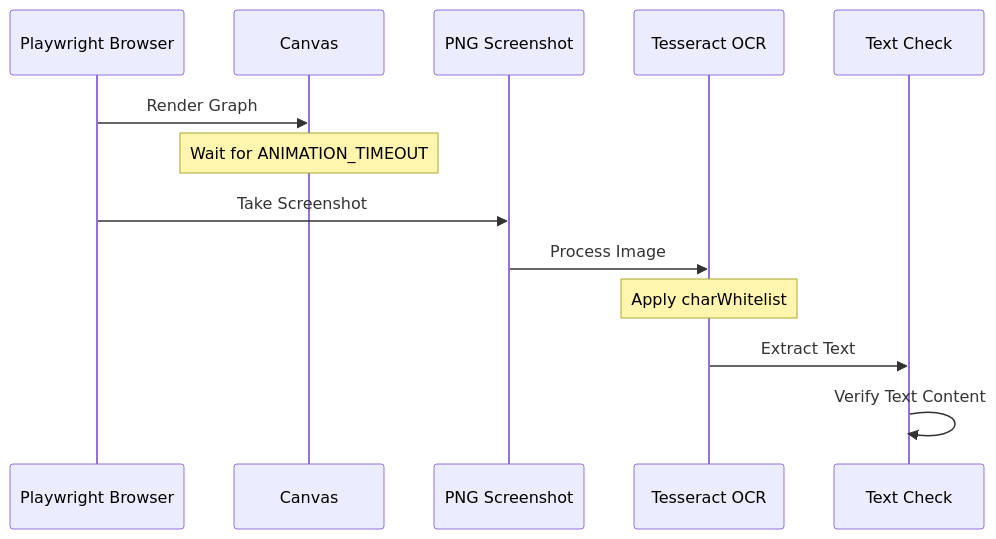
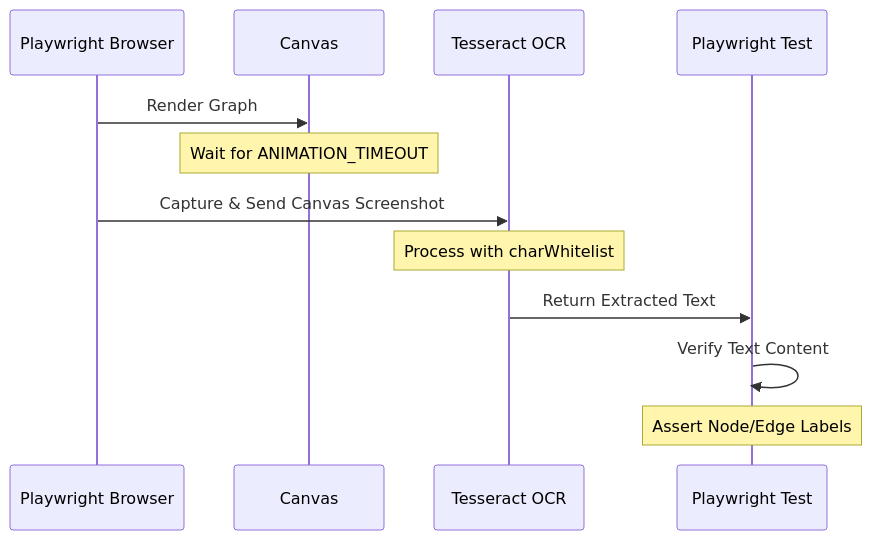
One commit to unlikelyzero/playwright-tesseract changed the diagram in README.md. Above: the diagram before and after it, drawn with Mermaid.

Commit message:
chore: update diagram

````diff
--- a/README.md
+++ b/README.md
@@ -117,16 +117,15 @@
 ```mermaid
 sequenceDiagram
     participant PB as Playwright Browser
     participant C as Canvas
-    participant P as PNG Screenshot
     participant T as Tesseract OCR
-    participant TC as Text Check
+    participant PT as Playwright Test
 
     PB->>C: Render Graph
     Note over C: Wait for ANIMATION_TIMEOUT
-    PB->>P: Take Screenshot
-    P->>T: Process Image
-    Note over T: Apply charWhitelist
-    T->>TC: Extract Text
-    TC->>TC: Verify Text Content
+    PB->>T: Capture & Send Canvas Screenshot
+    Note over T: Process with charWhitelist
+    T->>PT: Return Extracted Text
+    PT->>PT: Verify Text Content
+    Note over PT: Assert Node/Edge Labels
 ```
````
